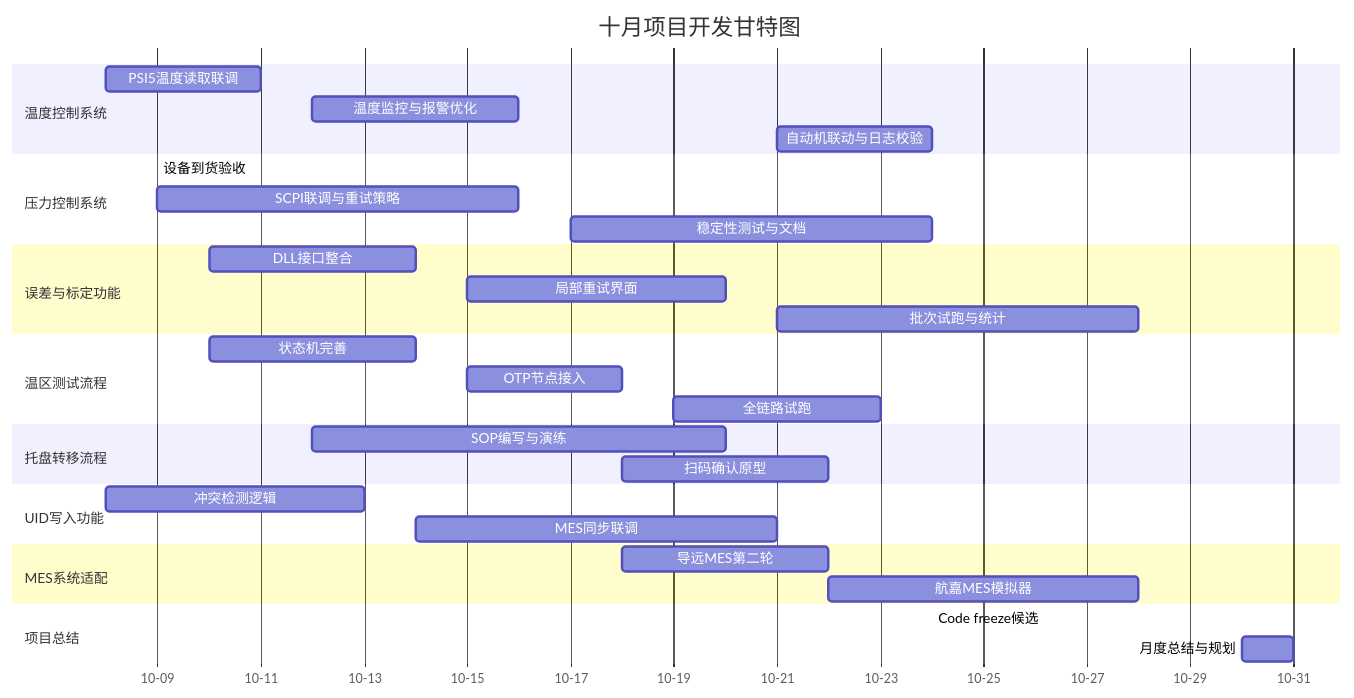
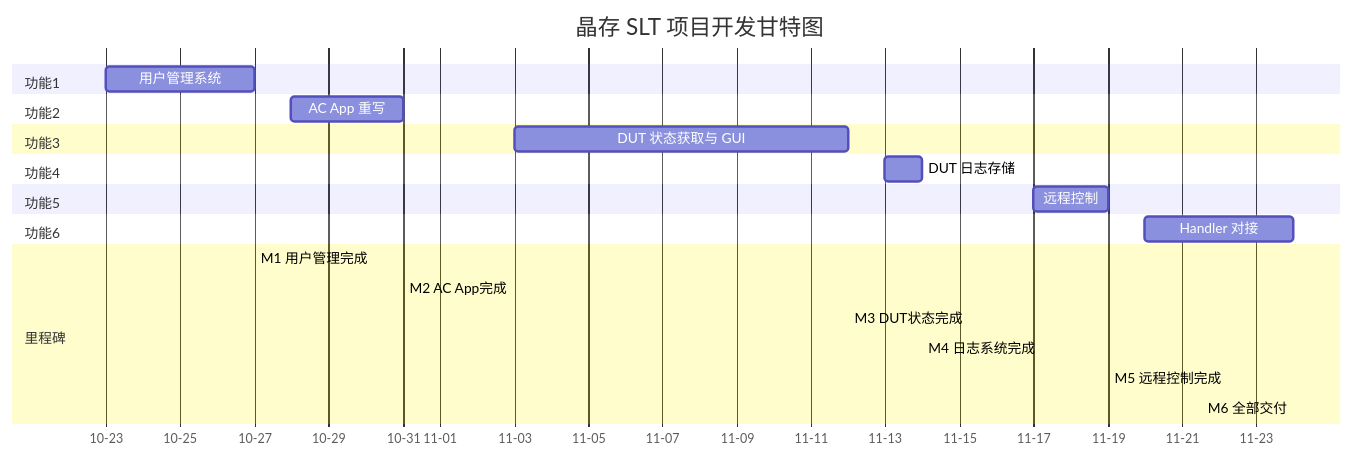
Before and after one commit to onecoin9/Constantine-projects: the diagram in Winnie/HundredAcreWood/progress/octoberMind.md, drawn with Mermaid. The commit also changed other lines of this file, not shown here.

First line of the commit message:
docs(progress): replace task schedule with JingCun SLT timeline and Gantt chart

````diff
--- a/Winnie/HundredAcreWood/progress/octoberMind.md
+++ b/Winnie/HundredAcreWood/progress/octoberMind.md
@@ -188,42 +199,32 @@
 ```mermaid
 gantt
-    title 十月项目开发甘特图
+    title 晶存 SLT 项目开发甘特图
     dateFormat  MM-DD
     axisFormat  %m-%d
   
-    section 温度控制系统
-    PSI5温度读取联调        :temp1, 10-08, 10-11
-    温度监控与报警优化      :temp2, 10-12, 10-16
-    自动机联动与日志校验    :temp3, 10-21, 10-24
+    section 功能1
+    用户管理系统        :func1, 10-23, 10-27
   
-    section 压力控制系统
-    设备到货验收            :press1, 10-09, 10-09
-    SCPI联调与重试策略      :press2, 10-09, 10-16
-    稳定性测试与文档       :press3, 10-17, 10-24
+    section 功能2
+    AC App 重写         :func2, 10-28, 10-31
   
-    section 误差与标定功能
-    DLL接口整合             :cali1, 10-10, 10-14
-    局部重试界面            :cali2, 10-15, 10-20
-    批次试跑与统计         :cali3, 10-21, 10-28
+    section 功能3
+    DUT 状态获取与 GUI  :func3, 11-03, 11-12
   
-    section 温区测试流程
-    状态机完善             :zone1, 10-10, 10-14
-    OTP节点接入            :zone2, 10-15, 10-18
-    全链路试跑             :zone3, 10-19, 10-23
+    section 功能4
+    DUT 日志存储        :func4, 11-13, 11-14
   
-    section 托盘转移流程
-    SOP编写与演练          :tray1, 10-12, 10-20
-    扫码确认原型           :tray2, 10-18, 10-22
+    section 功能5
+    远程控制            :func5, 11-17, 11-19
   
-    section UID写入功能
-    冲突检测逻辑           :uid1, 10-08, 10-13
-    MES同步联调            :uid2, 10-14, 10-21
+    section 功能6
+    Handler 对接        :func6, 11-20, 11-24
   
-    section MES系统适配
-    导远MES第二轮          :mes1, 10-18, 10-22
-    航嘉MES模拟器          :mes2, 10-22, 10-28
-  
-    section 项目总结
-    Code freeze候选        :final1, 10-24, 10-24
-    月度总结与规划        :final2, 10-30, 10-31
+    section 里程碑
+    M1 用户管理完成     :m1, 10-27, 10-27
+    M2 AC App完成       :m2, 10-31, 10-31
+    M3 DUT状态完成      :m3, 11-12, 11-12
+    M4 日志系统完成     :m4, 11-14, 11-14
+    M5 远程控制完成     :m5, 11-19, 11-19
+    M6 全部交付         :m6, 11-24, 11-24
 ```
````
